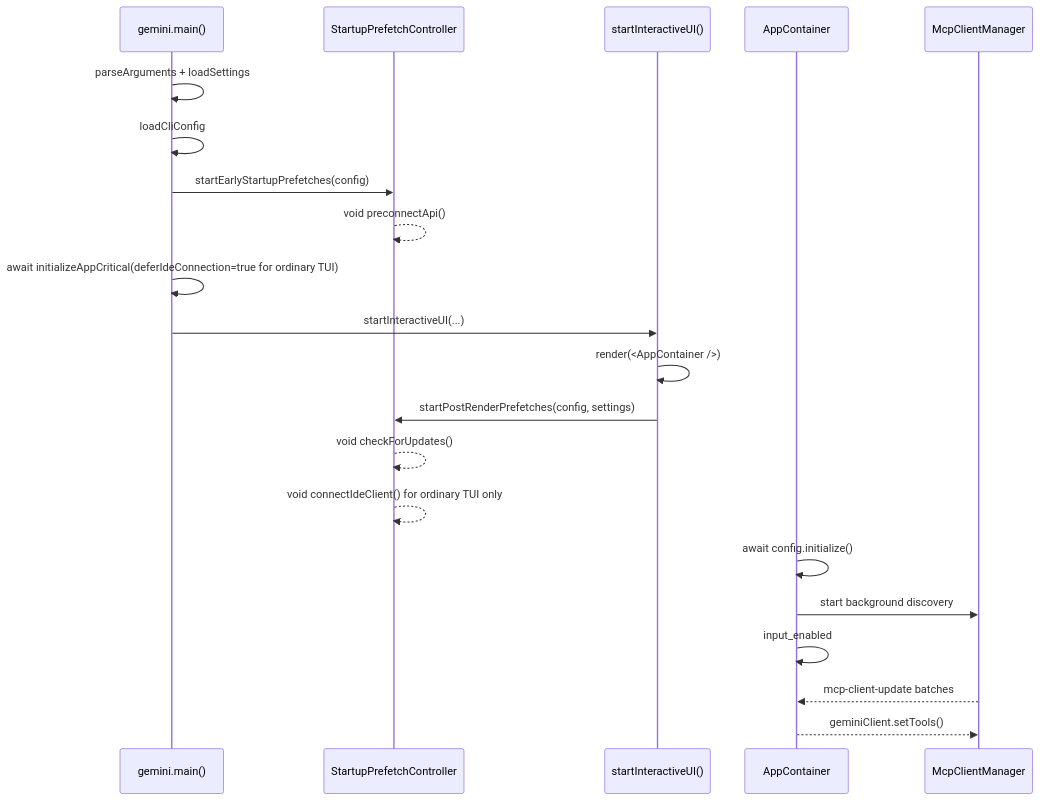
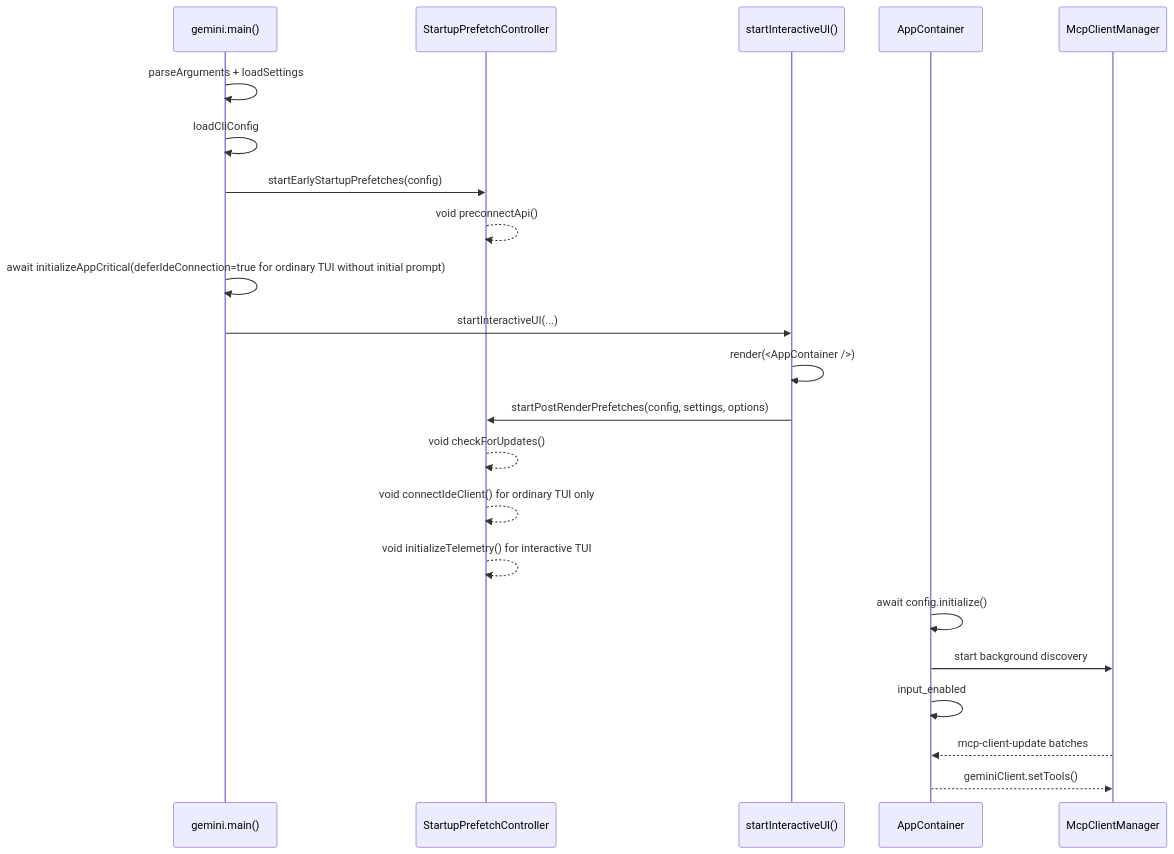
The third of 3 diagrams in docs/design/fire-and-forget-startup-prefetch.md (QwenLM/qwen-code), drawn with Mermaid before and after one commit. The commit also changed other lines of this file and 8 other files, not shown here.

Commit message:
perf(cli): defer interactive telemetry startup

````diff
--- a/docs/design/fire-and-forget-startup-prefetch.md
+++ b/docs/design/fire-and-forget-startup-prefetch.md
@@ -90,24 +92,25 @@
 ```mermaid
 sequenceDiagram
   participant Main as gemini.main()
   participant Prefetch as StartupPrefetchController
   participant UI as startInteractiveUI()
   participant App as AppContainer
   participant MCP as McpClientManager
 
   Main->>Main: parseArguments + loadSettings
   Main->>Main: loadCliConfig
   Main->>Prefetch: startEarlyStartupPrefetches(config)
   Prefetch-->>Prefetch: void preconnectApi()
-  Main->>Main: await initializeAppCritical(deferIdeConnection=true for ordinary TUI)
+  Main->>Main: await initializeAppCritical(deferIdeConnection=true for ordinary TUI without initial prompt)
   Main->>UI: startInteractiveUI(...)
   UI->>UI: render(<AppContainer />)
-  UI->>Prefetch: startPostRenderPrefetches(config, settings)
+  UI->>Prefetch: startPostRenderPrefetches(config, settings, options)
   Prefetch-->>Prefetch: void checkForUpdates()
   Prefetch-->>Prefetch: void connectIdeClient() for ordinary TUI only
+  Prefetch-->>Prefetch: void initializeTelemetry() for interactive TUI
   App->>App: await config.initialize()
   App->>MCP: start background discovery
   App->>App: input_enabled
   MCP-->>App: mcp-client-update batches
   App-->>MCP: geminiClient.setTools()
 ```
````
